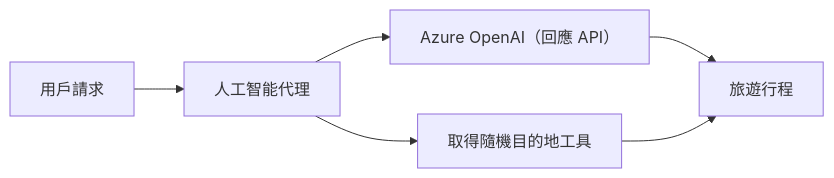
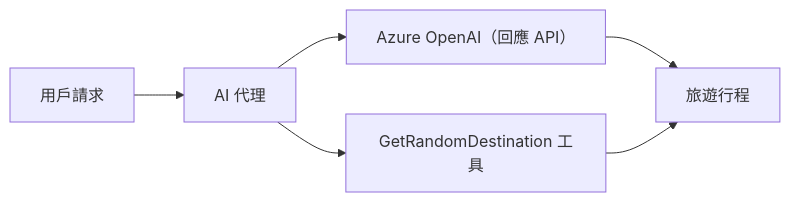
Before and after one commit to venturemavenwill/azureaifundamentals: the diagram in translations/zh-MO/01-intro-to-ai-agents/code_samples/01-dotnet-agent-framework.md, drawn with Mermaid. The commit also changed other lines of this file and 2002 other files, not shown here.

````diff
--- a/translations/zh-MO/01-intro-to-ai-agents/code_samples/01-dotnet-agent-framework.md
+++ b/translations/zh-MO/01-intro-to-ai-agents/code_samples/01-dotnet-agent-framework.md
@@ -32,8 +32,8 @@
 ```mermaid
 graph LR
-    A[用戶請求] --> B[人工智能代理]
+    A[用戶請求] --> B[AI 代理]
     B --> C[Azure OpenAI（回應 API）]
-    B --> D[取得隨機目的地工具]
+    B --> D[GetRandomDestination 工具]
     C --> E[旅遊行程]
     D --> E
 ```
````
